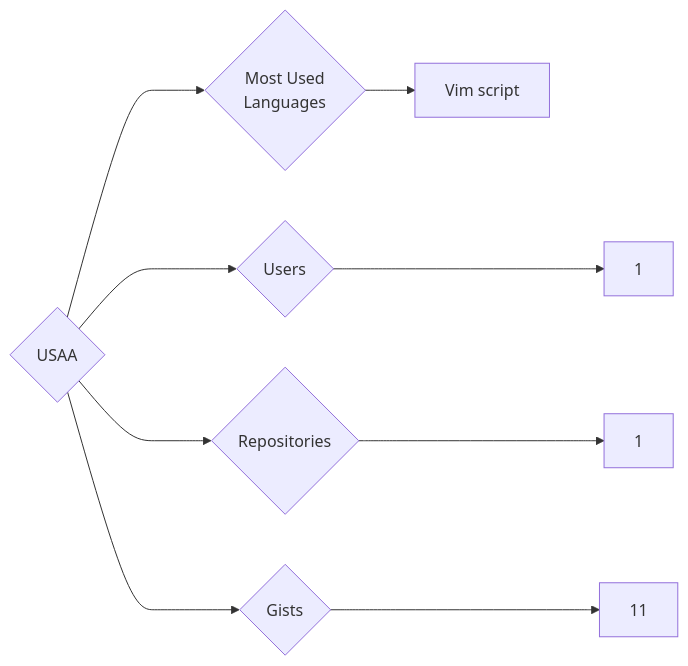
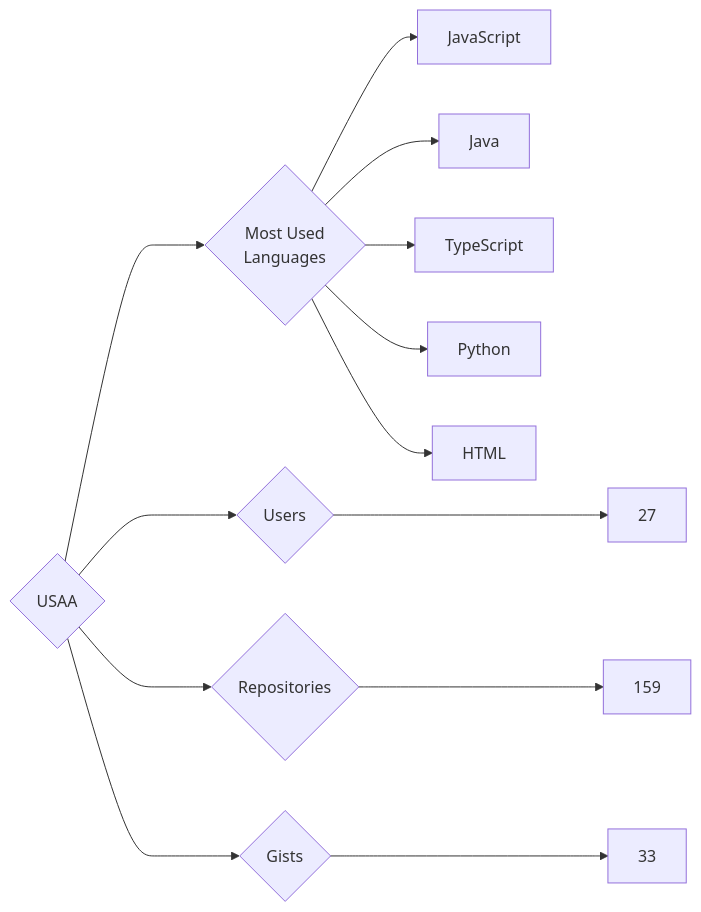
The diagram in targets/USAA/README.md (trickest/insiders), drawn with Mermaid before and after one commit. The commit also changed 928 other files, not shown here.

````diff
--- a/targets/USAA/README.md
+++ b/targets/USAA/README.md
@@ -3,9 +3,13 @@
 ```mermaid
 graph LR
 COMPANY_NAME{USAA}
-COMPANY_NAME ---> U{Users} ---> UN[1]
-COMPANY_NAME ---> R{Repositories} ---> RN[1]
-COMPANY_NAME ---> G{Gists} ---> GN[11]
+COMPANY_NAME ---> U{Users} ---> UN[27]
+COMPANY_NAME ---> R{Repositories} ---> RN[159]
+COMPANY_NAME ---> G{Gists} ---> GN[33]
 COMPANY_NAME ---> ML{Most Used<br>Languages}
-ML --> Vim_script[Vim script]
+ML --> JavaScript[JavaScript]
+ML --> Java[Java]
+ML --> TypeScript[TypeScript]
+ML --> Python[Python]
+ML --> HTML[HTML]
 ```
````
